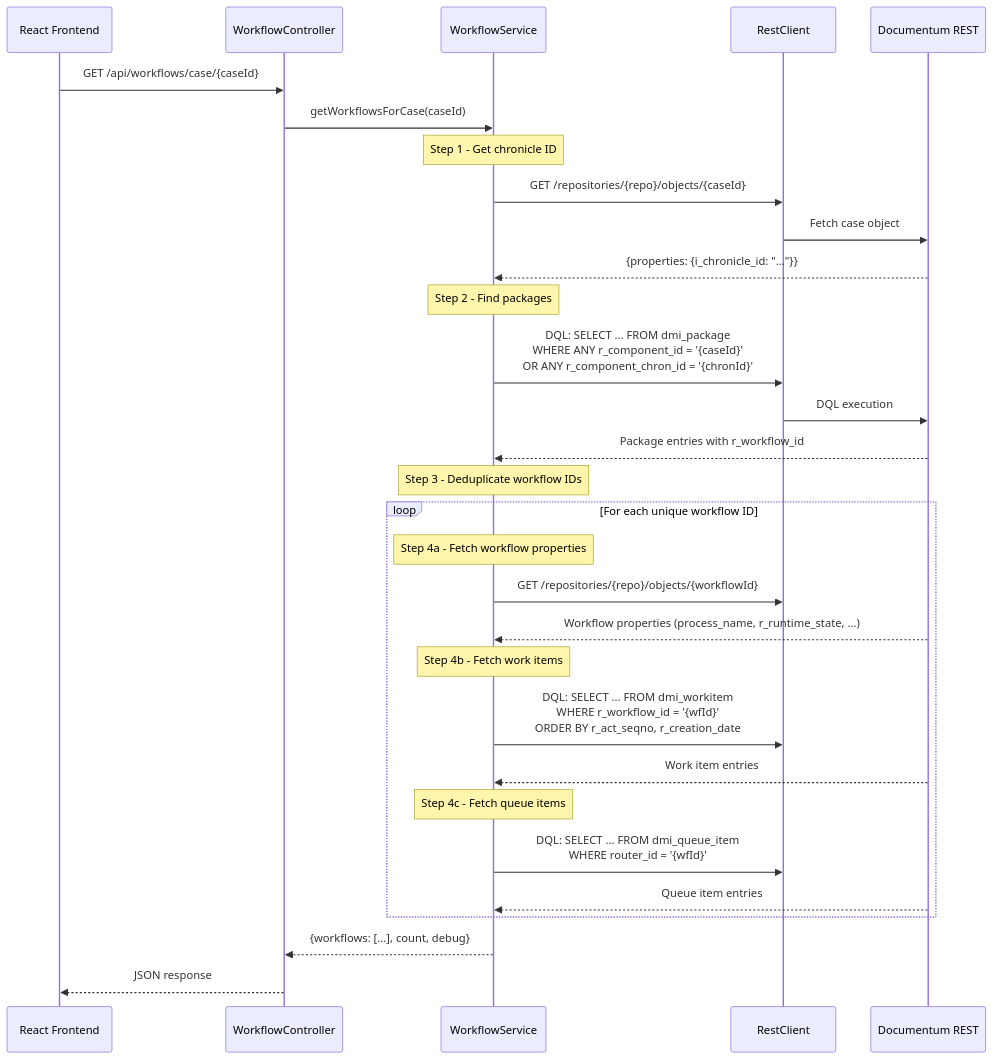
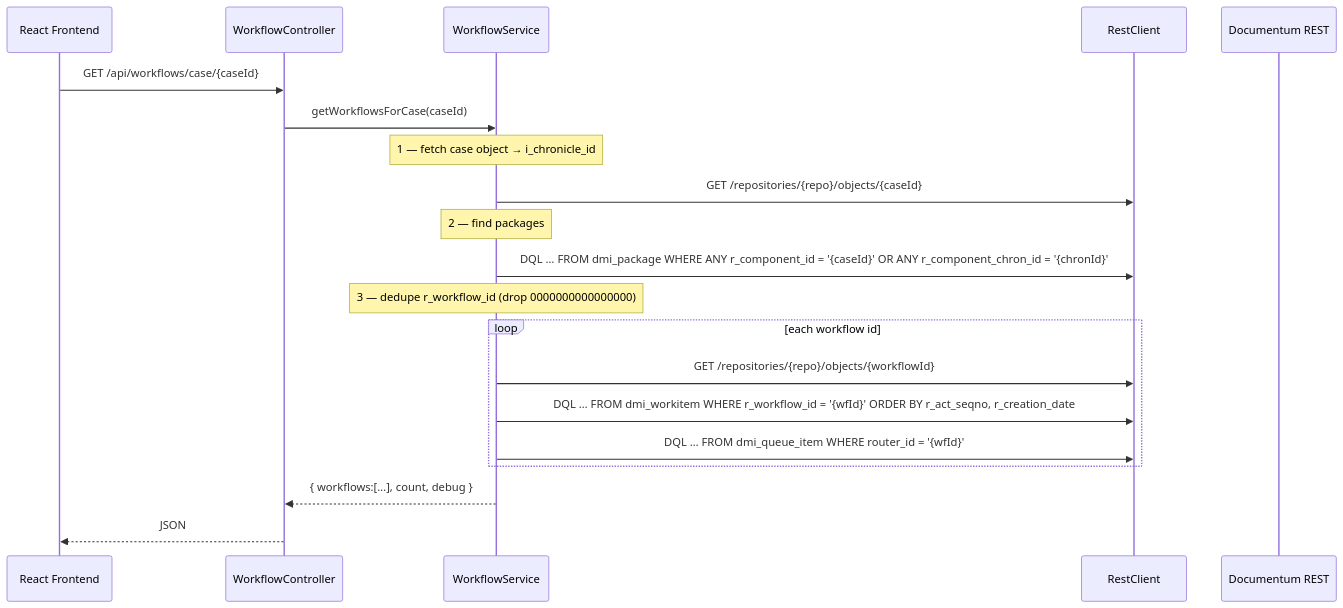
One commit to Ramanjaneyulu-V-V-S/NEO-ADMIN changed the sixth of 6 diagrams in techdocs/backend-architecture.md. Above: the diagram before and after it, drawn with Mermaid. The commit also changed other lines of this file, not shown here.

First line of the commit message:
docs: rewrite backend architecture doc to match current backend

````diff
--- a/techdocs/backend-architecture.md
+++ b/techdocs/backend-architecture.md
@@ -263,40 +499,23 @@
 ```mermaid
 sequenceDiagram
     participant FE as React Frontend
     participant WC as WorkflowController
     participant WS as WorkflowService
     participant RC as RestClient
     participant DCTM as Documentum REST
 
     FE->>WC: GET /api/workflows/case/{caseId}
     WC->>WS: getWorkflowsForCase(caseId)
-
-    Note over WS: Step 1 - Get chronicle ID
+    Note over WS: 1 — fetch case object → i_chronicle_id
     WS->>RC: GET /repositories/{repo}/objects/{caseId}
-    RC->>DCTM: Fetch case object
-    DCTM-->>WS: {properties: {i_chronicle_id: "..."}}
-
-    Note over WS: Step 2 - Find packages
-    WS->>RC: DQL: SELECT ... FROM dmi_package<br/>WHERE ANY r_component_id = '{caseId}'<br/>OR ANY r_component_chron_id = '{chronId}'
-    RC->>DCTM: DQL execution
-    DCTM-->>WS: Package entries with r_workflow_id
-
-    Note over WS: Step 3 - Deduplicate workflow IDs
-
-    loop For each unique workflow ID
-        Note over WS: Step 4a - Fetch workflow properties
+    Note over WS: 2 — find packages
+    WS->>RC: DQL … FROM dmi_package WHERE ANY r_component_id = '{caseId}' OR ANY r_component_chron_id = '{chronId}'
+    Note over WS: 3 — dedupe r_workflow_id (drop 0000000000000000)
+    loop each workflow id
         WS->>RC: GET /repositories/{repo}/objects/{workflowId}
-        DCTM-->>WS: Workflow properties (process_name, r_runtime_state, ...)
-
-        Note over WS: Step 4b - Fetch work items
-        WS->>RC: DQL: SELECT ... FROM dmi_workitem<br/>WHERE r_workflow_id = '{wfId}'<br/>ORDER BY r_act_seqno, r_creation_date
-        DCTM-->>WS: Work item entries
-
-        Note over WS: Step 4c - Fetch queue items
-        WS->>RC: DQL: SELECT ... FROM dmi_queue_item<br/>WHERE router_id = '{wfId}'
-        DCTM-->>WS: Queue item entries
+        WS->>RC: DQL … FROM dmi_workitem WHERE r_workflow_id = '{wfId}' ORDER BY r_act_seqno, r_creation_date
+        WS->>RC: DQL … FROM dmi_queue_item WHERE router_id = '{wfId}'
     end
-
-    WS-->>WC: {workflows: [...], count, debug}
-    WC-->>FE: JSON response
+    WS-->>WC: { workflows:[…], count, debug }
+    WC-->>FE: JSON
 ```
````
